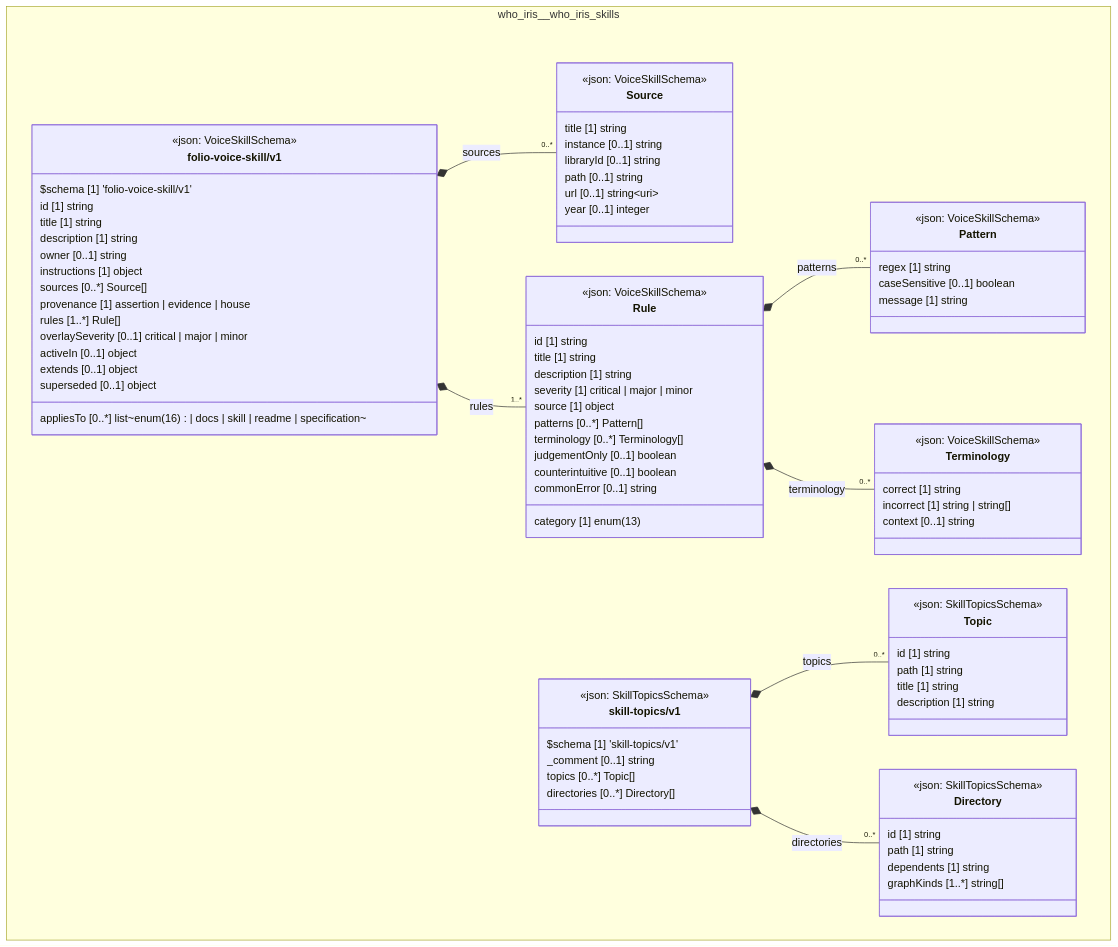
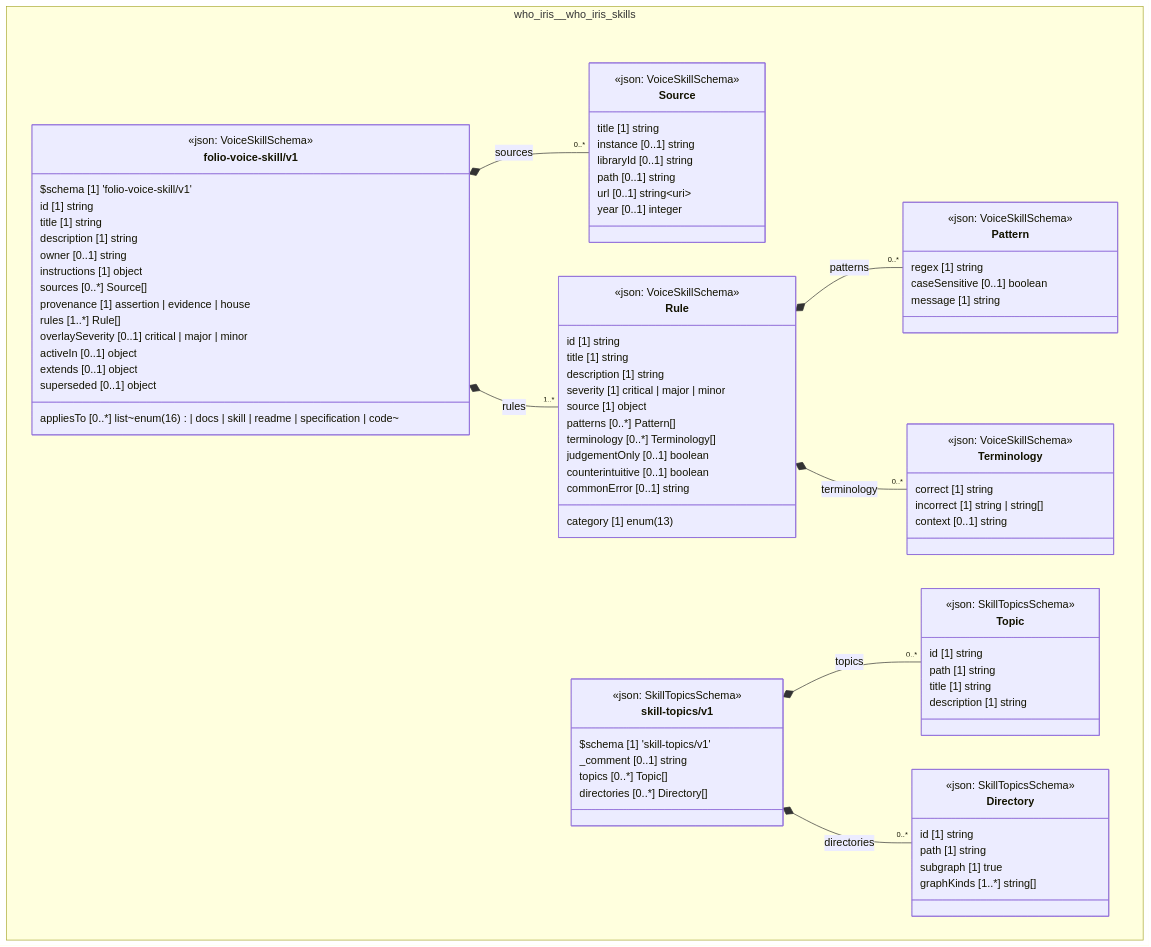
One commit to litlfred/folio-assistant changed the diagram in cat-harness/uml/overview/who-iris/who-iris-skills.mmd. Above: the diagram before and after it, drawn with Mermaid. The commit also changed 64 other files, not shown here.

```diff
--- a/cat-harness/uml/overview/who-iris/who-iris-skills.mmd
+++ b/cat-harness/uml/overview/who-iris/who-iris-skills.mmd
@@ -1,91 +1,91 @@
 classDiagram
   direction TB
   namespace who_iris__who_iris_skills {
     class who_iris_who_iris_skills_folio_voice_skill_v1_Source["Source"] {
       <<json: VoiceSkillSchema>>
       title [1] string
       instance [0..1] string
       libraryId [0..1] string
       path [0..1] string
       url [0..1] string~uri~
       year [0..1] integer
     }
     class who_iris_who_iris_skills_folio_voice_skill_v1_Pattern["Pattern"] {
       <<json: VoiceSkillSchema>>
       regex [1] string
       caseSensitive [0..1] boolean
       message [1] string
     }
     class who_iris_who_iris_skills_folio_voice_skill_v1_Terminology["Terminology"] {
       <<json: VoiceSkillSchema>>
       correct [1] string
       incorrect [1] string | string[]
       context [0..1] string
     }
     class who_iris_who_iris_skills_folio_voice_skill_v1_Rule["Rule"] {
       <<json: VoiceSkillSchema>>
       id [1] string
       title [1] string
       description [1] string
       category [1] enum(13)
       severity [1] critical | major | minor
       source [1] object
       patterns [0..*] Pattern[]
       terminology [0..*] Terminology[]
       judgementOnly [0..1] boolean
       counterintuitive [0..1] boolean
       commonError [0..1] string
     }
     class who_iris_who_iris_skills_folio_voice_skill_v1_folio_voice_skill_v1["folio-voice-skill/v1"] {
       <<json: VoiceSkillSchema>>
       $schema [1] 'folio-voice-skill/v1'
       id [1] string
       title [1] string
       description [1] string
       owner [0..1] string
       instructions [1] object
       sources [0..*] Source[]
       provenance [1] assertion | evidence | house
       rules [1..*] Rule[]
       overlaySeverity [0..1] critical | major | minor
-      appliesTo [0..*] list~enum(16) | docs | skill | readme | specification~
+      appliesTo [0..*] list~enum(16) | docs | skill | readme | specification | code~
       activeIn [0..1] object
       extends [0..1] object
       superseded [0..1] object
     }
     class who_iris_who_iris_skills_skill_topics_v1_Topic["Topic"] {
       <<json: SkillTopicsSchema>>
       id [1] string
       path [1] string
       title [1] string
       description [1] string
     }
     class who_iris_who_iris_skills_skill_topics_v1_Directory["Directory"] {
       <<json: SkillTopicsSchema>>
       id [1] string
       path [1] string
-      dependents [1] string
+      subgraph [1] true
       graphKinds [1..*] string[]
     }
     class who_iris_who_iris_skills_skill_topics_v1_skill_topics_v1["skill-topics/v1"] {
       <<json: SkillTopicsSchema>>
       $schema [1] 'skill-topics/v1'
       _comment [0..1] string
       topics [0..*] Topic[]
       directories [0..*] Directory[]
     }
   }
   who_iris_who_iris_skills_folio_voice_skill_v1_folio_voice_skill_v1 *-- "0..*" who_iris_who_iris_skills_folio_voice_skill_v1_Source : sources
   who_iris_who_iris_skills_folio_voice_skill_v1_Rule *-- "0..*" who_iris_who_iris_skills_folio_voice_skill_v1_Pattern : patterns
   who_iris_who_iris_skills_folio_voice_skill_v1_Rule *-- "0..*" who_iris_who_iris_skills_folio_voice_skill_v1_Terminology : terminology
   who_iris_who_iris_skills_folio_voice_skill_v1_folio_voice_skill_v1 *-- "1..*" who_iris_who_iris_skills_folio_voice_skill_v1_Rule : rules
   who_iris_who_iris_skills_skill_topics_v1_skill_topics_v1 *-- "0..*" who_iris_who_iris_skills_skill_topics_v1_Topic : topics
   who_iris_who_iris_skills_skill_topics_v1_skill_topics_v1 *-- "0..*" who_iris_who_iris_skills_skill_topics_v1_Directory : directories
   cssClass "who_iris_who_iris_skills_folio_voice_skill_v1_Source" fa_uml_kind_skills
   cssClass "who_iris_who_iris_skills_folio_voice_skill_v1_Pattern" fa_uml_kind_skills
   cssClass "who_iris_who_iris_skills_folio_voice_skill_v1_Terminology" fa_uml_kind_skills
   cssClass "who_iris_who_iris_skills_folio_voice_skill_v1_Rule" fa_uml_kind_skills
   cssClass "who_iris_who_iris_skills_folio_voice_skill_v1_folio_voice_skill_v1" fa_uml_kind_skills
   cssClass "who_iris_who_iris_skills_skill_topics_v1_Topic" fa_uml_kind_skills
   cssClass "who_iris_who_iris_skills_skill_topics_v1_Directory" fa_uml_kind_skills
   cssClass "who_iris_who_iris_skills_skill_topics_v1_skill_topics_v1" fa_uml_kind_skills
```
